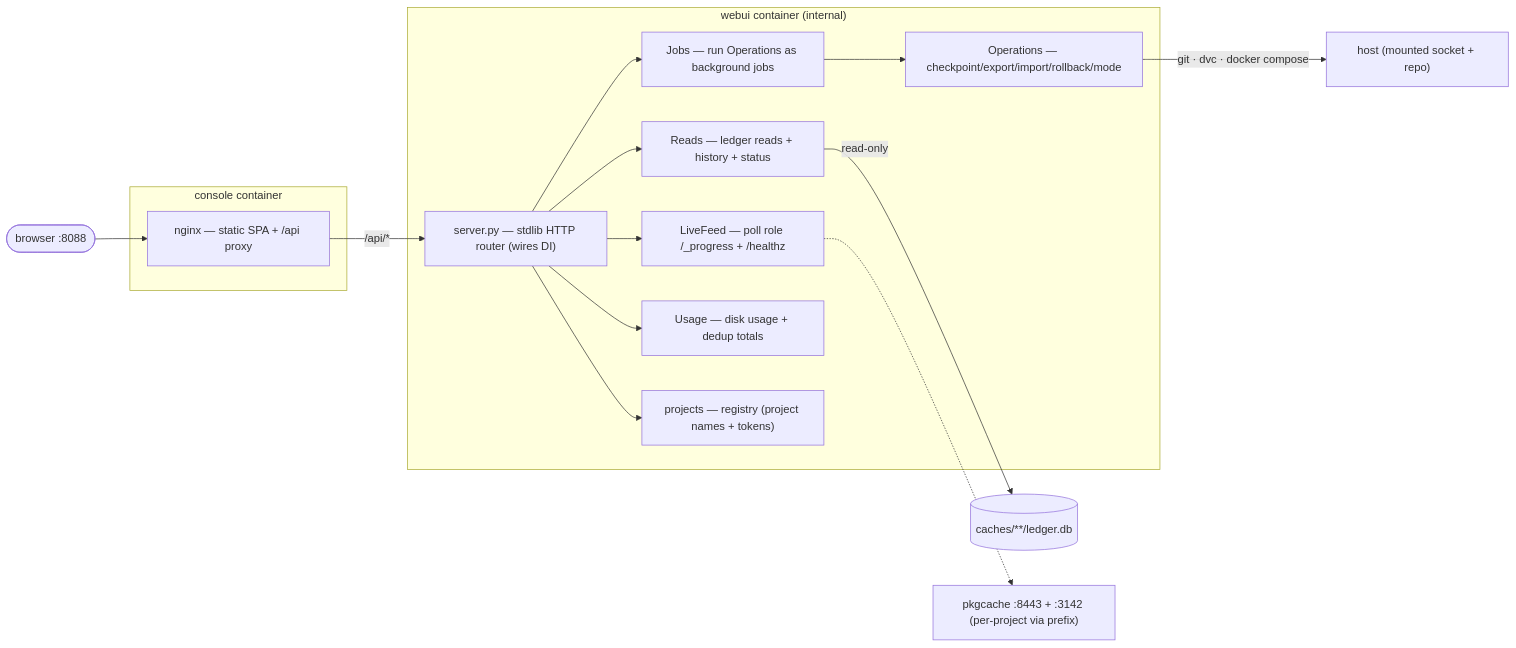
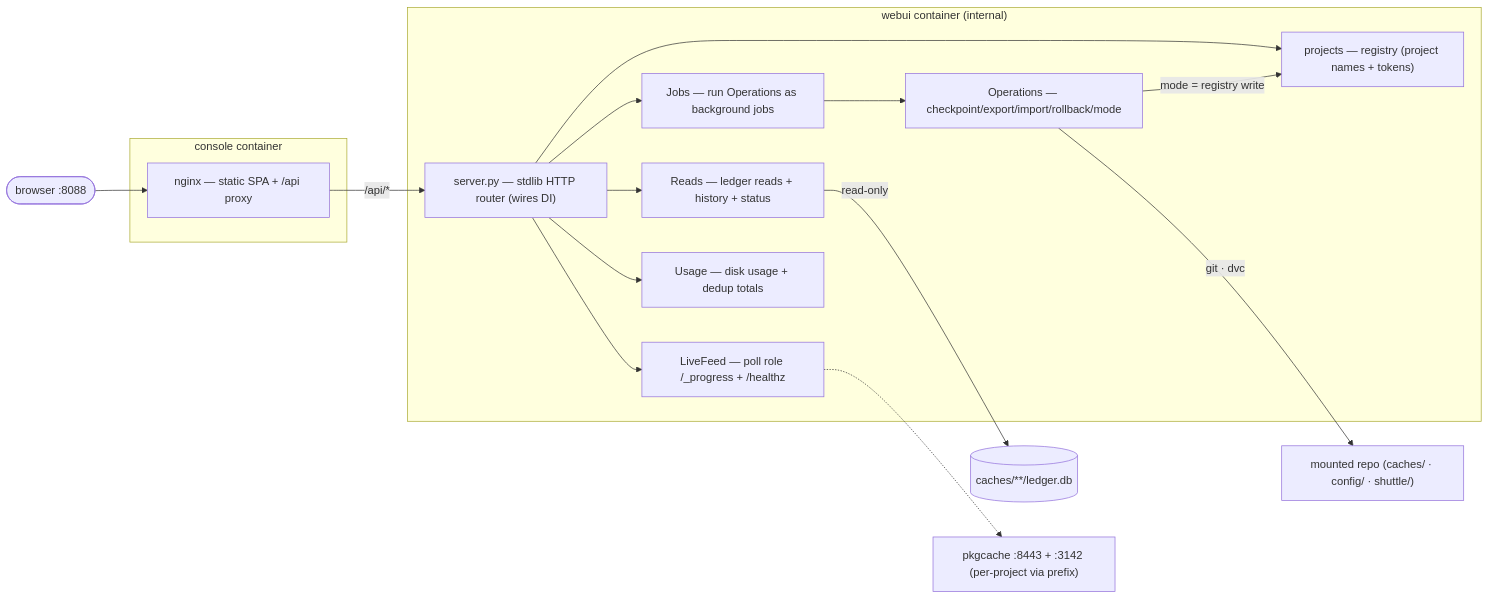
The seventh of 7 diagrams in README.md (aabdlwahab/PKGCache), drawn with Mermaid before and after one commit. The commit also changed other lines of this file and 9 other files, not shown here.

First line of the commit message:
feat(webui): mode, status and import no longer touch docker

````diff
--- a/README.md
+++ b/README.md
@@ -651,22 +651,23 @@
 ```mermaid
 flowchart LR
   browser(["browser :8088"]) --> nginx
   subgraph consoleC["console container"]
     nginx["nginx — static SPA + /api proxy"]
   end
   subgraph webuiC["webui container (internal)"]
     api["server.py — stdlib HTTP router (wires DI)"]
     reads["Reads — ledger reads + history + status"]
     live["LiveFeed — poll role /_progress + /healthz"]
     jobs["Jobs — run Operations as background jobs"]
     ops["Operations — checkpoint/export/import/rollback/mode"]
     usage["Usage — disk usage + dedup totals"]
     proj["projects — registry (project names + tokens)"]
   end
   nginx -->|"/api/*"| api
   api --> reads & live & jobs & usage & proj
   jobs --> ops
   reads -->|"read-only"| ledgers[("caches/**/ledger.db")]
   live -.-> roles["pkgcache :8443 + :3142 (per-project via prefix)"]
-  ops -->|"git · dvc · docker compose"| host["host (mounted socket + repo)"]
+  ops -->|"git · dvc"| repo["mounted repo (caches/ · config/ · shuttle/)"]
+  ops -->|"mode = registry write"| proj
 ```
````
